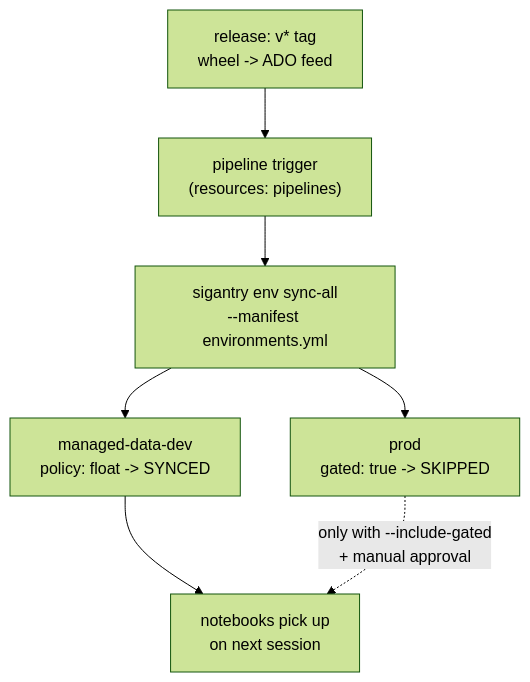
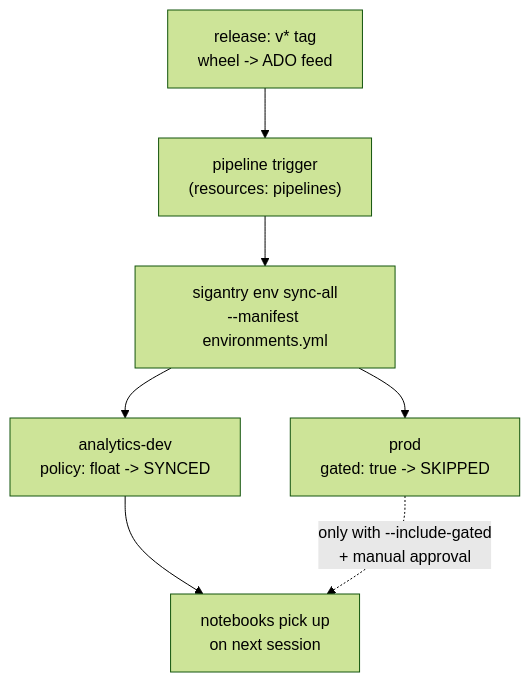
The diagram in docs/tutorials/12-config-driven-autoupdate.md (Bralabee/sigantry), drawn with Mermaid (forest theme) before and after one commit. The commit also changed other lines of this file and 22 other files, not shown here.

````diff
--- a/docs/tutorials/12-config-driven-autoupdate.md
+++ b/docs/tutorials/12-config-driven-autoupdate.md
@@ -26,9 +26,9 @@
 ```mermaid
 flowchart TD
     REL["release: v* tag<br/>wheel -> ADO feed"] --> TRIG["pipeline trigger<br/>(resources: pipelines)"]
     TRIG --> SA["sigantry env sync-all<br/>--manifest environments.yml"]
-    SA --> DEV["managed-data-dev<br/>policy: float -> SYNCED"]
+    SA --> DEV["analytics-dev<br/>policy: float -> SYNCED"]
     SA --> PROD["prod<br/>gated: true -> SKIPPED"]
     DEV --> NB["notebooks pick up<br/>on next session"]
     PROD -.->|only with --include-gated<br/>+ manual approval| NB
 ```
````
